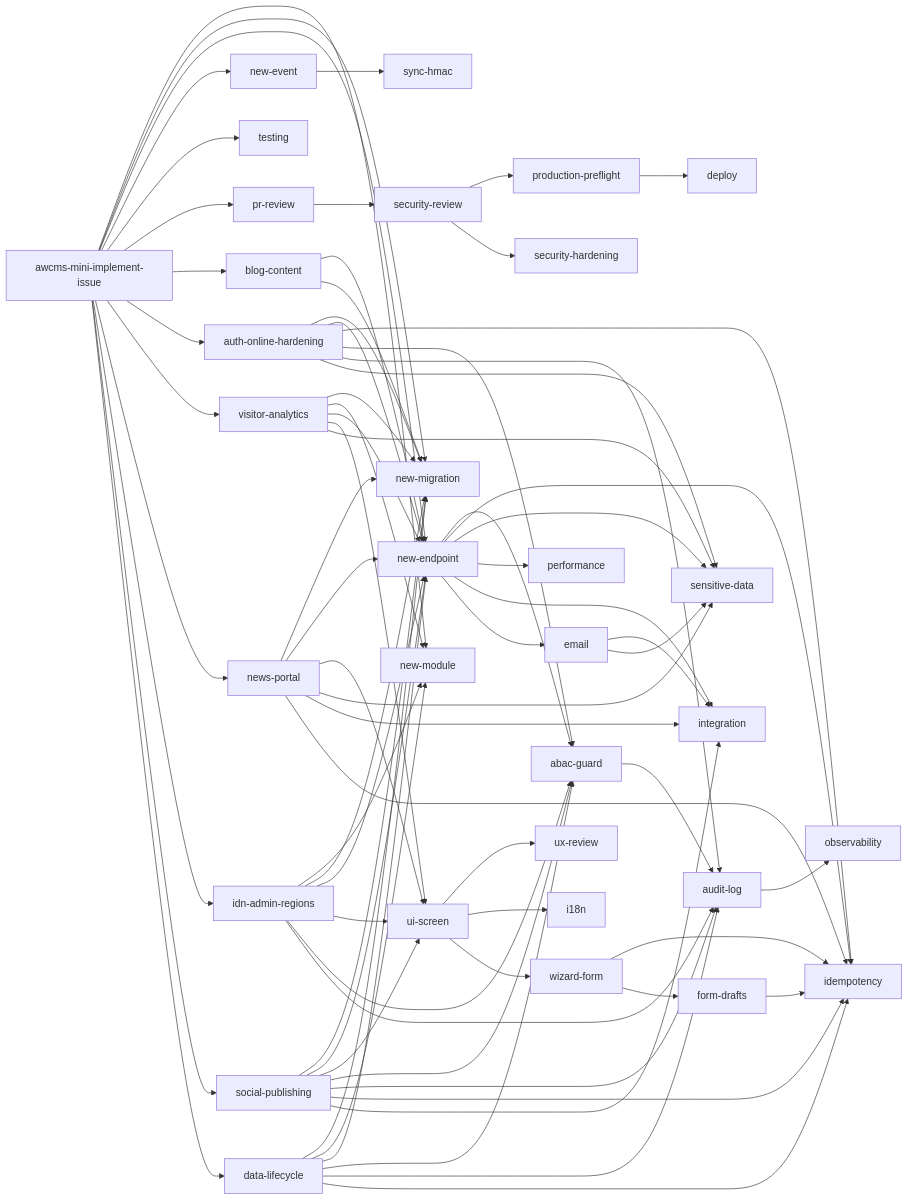
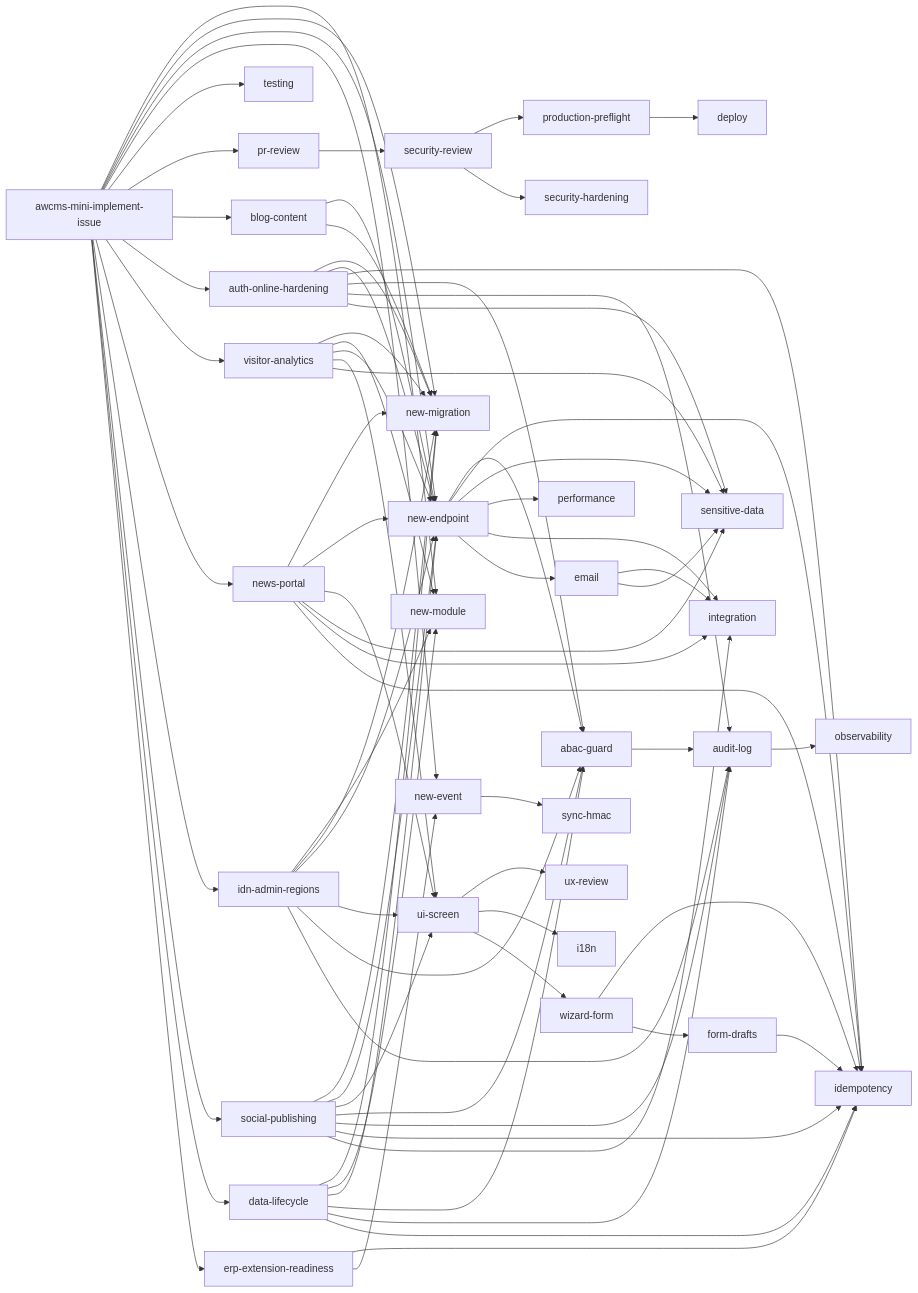
One commit to ahliweb/awcms-mini changed the third of 5 diagrams in AGENTS.md. Above: the diagram before and after it, drawn with Mermaid. The commit also changed other lines of this file and 23 other files, not shown here.

First line of the commit message:
docs(erp-extension-readiness): define business transaction, posting, period-lock, item, and report-projection contracts (#789)

````diff
--- a/AGENTS.md
+++ b/AGENTS.md
@@ -147,73 +148,76 @@
 ```mermaid
 flowchart LR
   II[awcms-mini-implement-issue] --> NM[new-module]
   II --> MIG[new-migration]
   II --> EP[new-endpoint]
   II --> EV[new-event]
   II --> TST[testing]
   EP --> ABAC[abac-guard]
   EP --> IDEM[idempotency]
   ABAC --> AUD[audit-log]
   AUD --> OBS[observability]
   EP --> SD[sensitive-data]
   EV --> SYNC[sync-hmac]
   II --> PR[pr-review] --> SEC[security-review] --> PF[production-preflight]
   PF --> DEP[deploy]
   UI2[ui-screen] --> UXR[ux-review]
   UI2 --> I18N[i18n]
   UI2 --> WIZ[wizard-form]
   WIZ --> IDEM
   WIZ --> DRAFT[form-drafts]
   DRAFT --> IDEM
   EP --> PERF[performance]
   EP --> INT[integration]
   SEC --> HARD[security-hardening]
   EP --> EMAIL[email]
   EMAIL --> INT
   EMAIL --> SD
   II --> BLOG[blog-content]
   BLOG --> EP
   BLOG --> MIG
   II --> AOH[auth-online-hardening]
   AOH --> MIG
   AOH --> EP
   AOH --> IDEM
   AOH --> ABAC
   AOH --> AUD
   AOH --> SD
   II --> VA[visitor-analytics]
   VA --> MIG
   VA --> NM
   VA --> EP
   VA --> UI2
   VA --> SD
   II --> NP[news-portal]
   NP --> MIG
   NP --> EP
   NP --> UI2
   NP --> SD
   NP --> INT
   NP --> IDEM
   II --> IDN[idn-admin-regions]
   IDN --> NM
   IDN --> MIG
   IDN --> EP
   IDN --> UI2
   IDN --> ABAC
   IDN --> AUD
   II --> SP[social-publishing]
   SP --> MIG
   SP --> EP
   SP --> UI2
   SP --> ABAC
   SP --> AUD
   SP --> IDEM
   SP --> INT
   II --> DL[data-lifecycle]
   DL --> MIG
   DL --> NM
   DL --> EP
   DL --> ABAC
   DL --> AUD
   DL --> IDEM
+  II --> ERPX[erp-extension-readiness]
+  ERPX --> IDEM
+  ERPX --> EV
 ```
````
